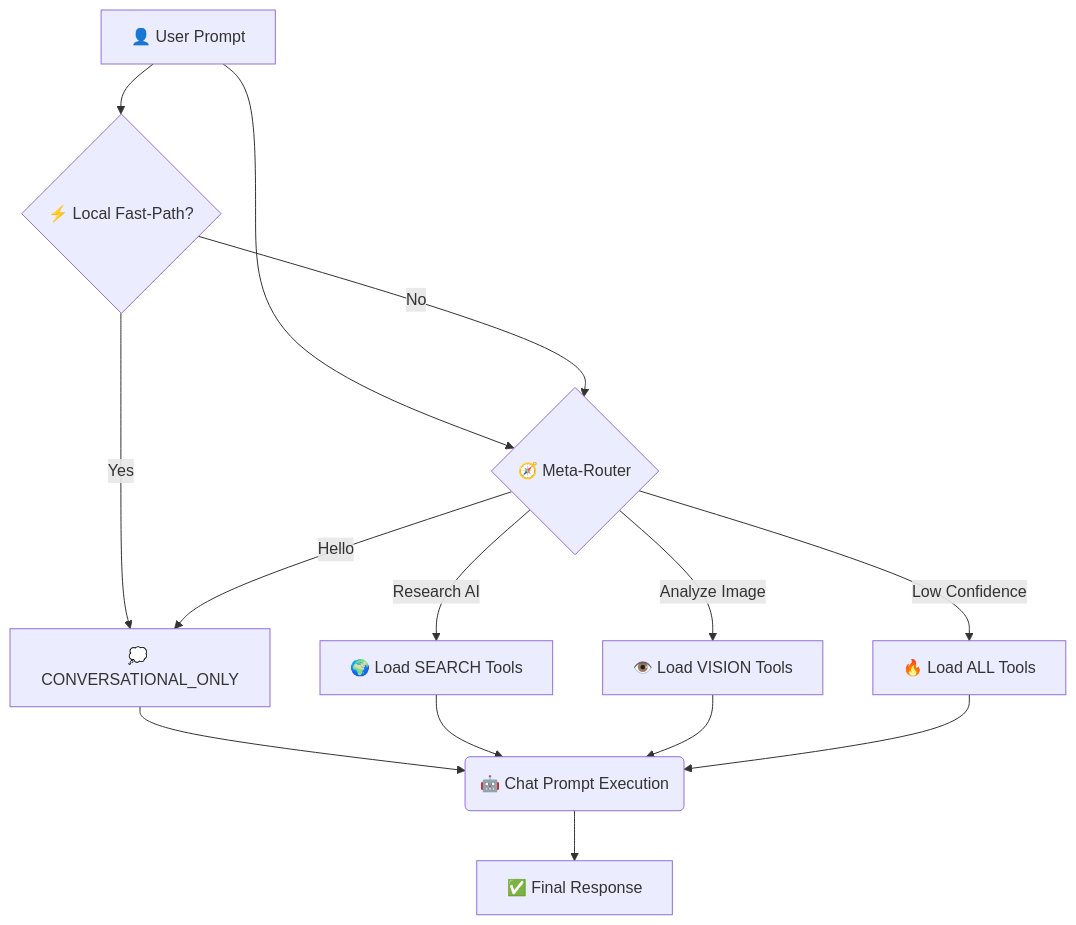
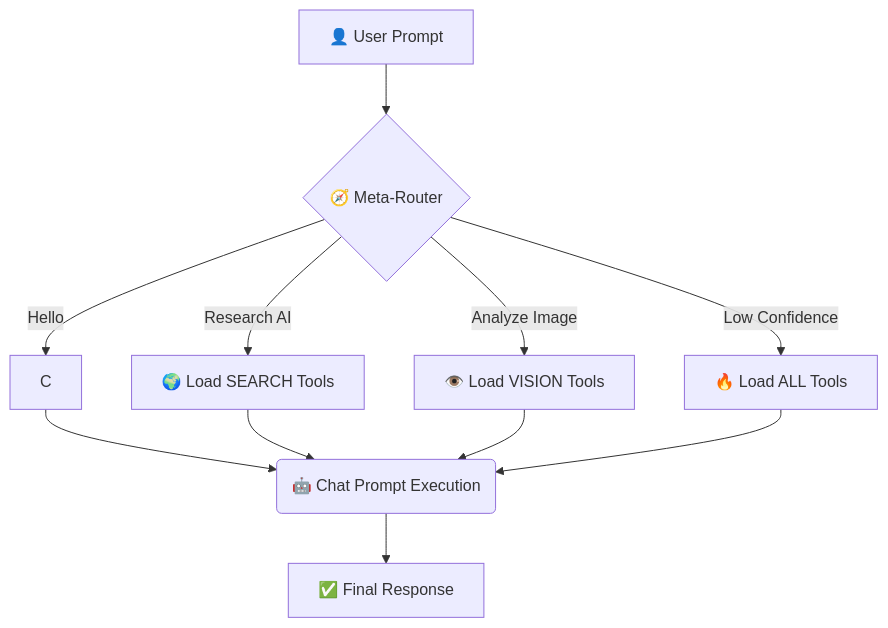
Before and after one commit to rzafiamy/cowork: the diagram in docs/agentic/Intelligence.md, drawn with Mermaid. The commit also changed other lines of this file and 7 other files, not shown here.

````diff
--- a/docs/agentic/Intelligence.md
+++ b/docs/agentic/Intelligence.md
@@ -42,16 +41,13 @@
 ```mermaid
 graph TD
     A["👤 User Prompt"] --> B{"🧭 Meta-Router"}
-    A --> X{"⚡ Local Fast-Path?"}
-    X -- "Yes" --> C["💭 CONVERSATIONAL_ONLY"]
-    X -- "No" --> B
     B -- "Hello" --> C
     B -- "Research AI" --> D["🌍 Load SEARCH Tools"]
     B -- "Analyze Image" --> E["👁️ Load VISION Tools"]
     B -- "Low Confidence" --> G["🔥 Load ALL Tools"]
     C --> F("🤖 Chat Prompt Execution")
     D --> F
     E --> F
     G --> F
     F --> H["✅ Final Response"]
 ```
````
